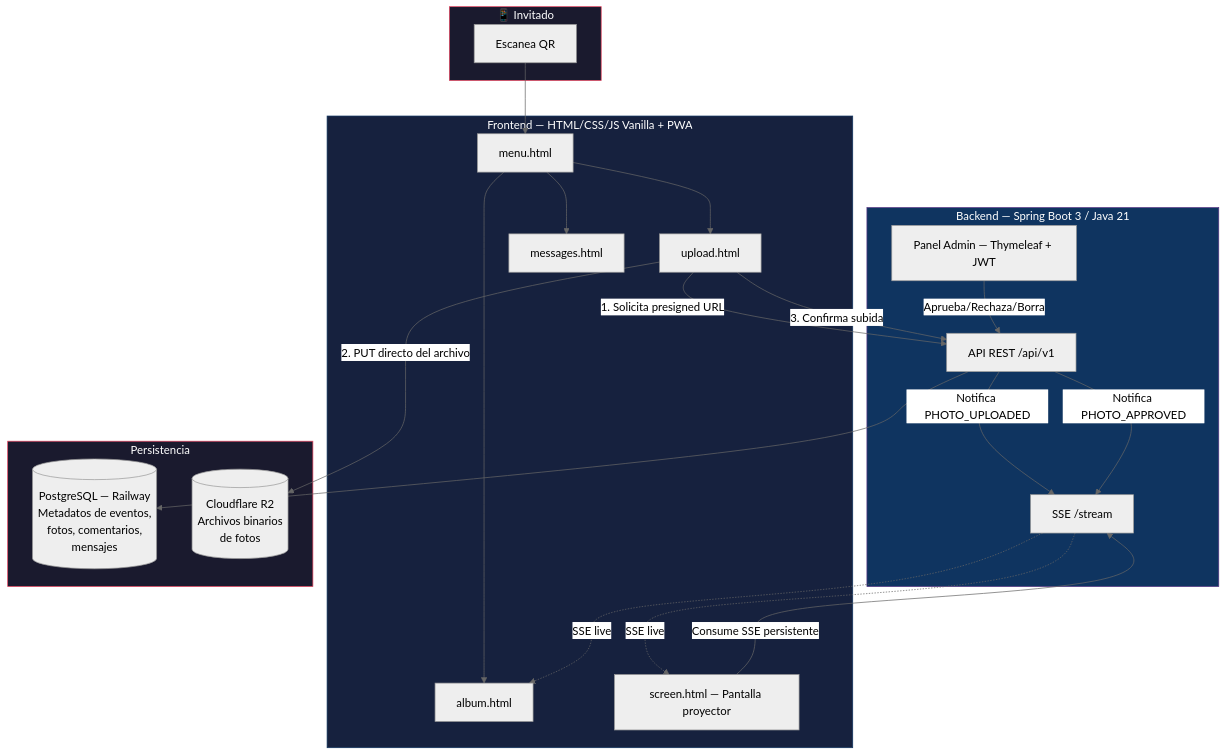
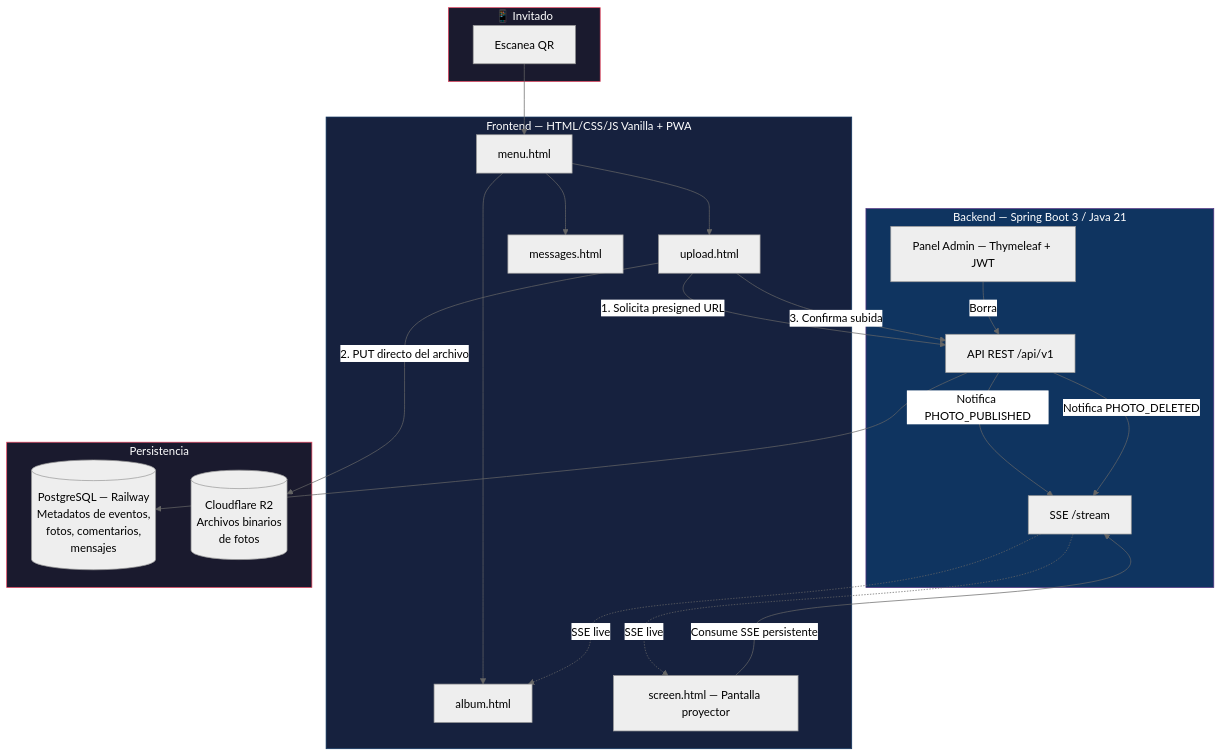
The first of 3 diagrams in README.md (CristianBurgi/MarcosYpriscila), drawn with Mermaid (neutral theme) before and after one commit. The commit also changed other lines of this file and 1 other file, not shown here.

````diff
--- a/README.md
+++ b/README.md
@@ -105,43 +104,43 @@
 ```mermaid
 flowchart TD
     subgraph Invitado["📱 Invitado"]
         A[Escanea QR]
     end
 
     subgraph Frontend["Frontend — HTML/CSS/JS Vanilla + PWA"]
         B[menu.html]
         C[upload.html]
         D[album.html]
         E[messages.html]
         F[screen.html — Pantalla proyector]
     end
 
     subgraph Backend["Backend — Spring Boot 3 / Java 21"]
         G[API REST /api/v1]
         H[SSE /stream]
         I[Panel Admin — Thymeleaf + JWT]
     end
 
     subgraph Persistencia["Persistencia"]
         J[(PostgreSQL — Railway\nMetadatos de eventos,\nfotos, comentarios,\nmensajes)]
         K[(Cloudflare R2\nArchivos binarios\nde fotos)]
     end
 
     A --> B
     B --> C & D & E
     C -- "1. Solicita presigned URL" --> G
     C -- "2. PUT directo del archivo" --> K
     C -- "3. Confirma subida" --> G
     G --> J
-    G -- "Notifica PHOTO_UPLOADED" --> H
+    G -- "Notifica PHOTO_PUBLISHED" --> H
     H -..->|SSE live| D
     H -..->|SSE live| F
-    I -- "Aprueba/Rechaza/Borra" --> G
-    G -- "Notifica PHOTO_APPROVED" --> H
+    I -- "Borra" --> G
+    G -- "Notifica PHOTO_DELETED" --> H
     F -- "Consume SSE persistente" --> H
 
     style Invitado fill:#1a1a2e,stroke:#e94560,color:#fff
     style Frontend fill:#16213e,stroke:#0f3460,color:#fff
     style Backend fill:#0f3460,stroke:#533483,color:#fff
     style Persistencia fill:#1a1a2e,stroke:#e94560,color:#fff
 ```
````
